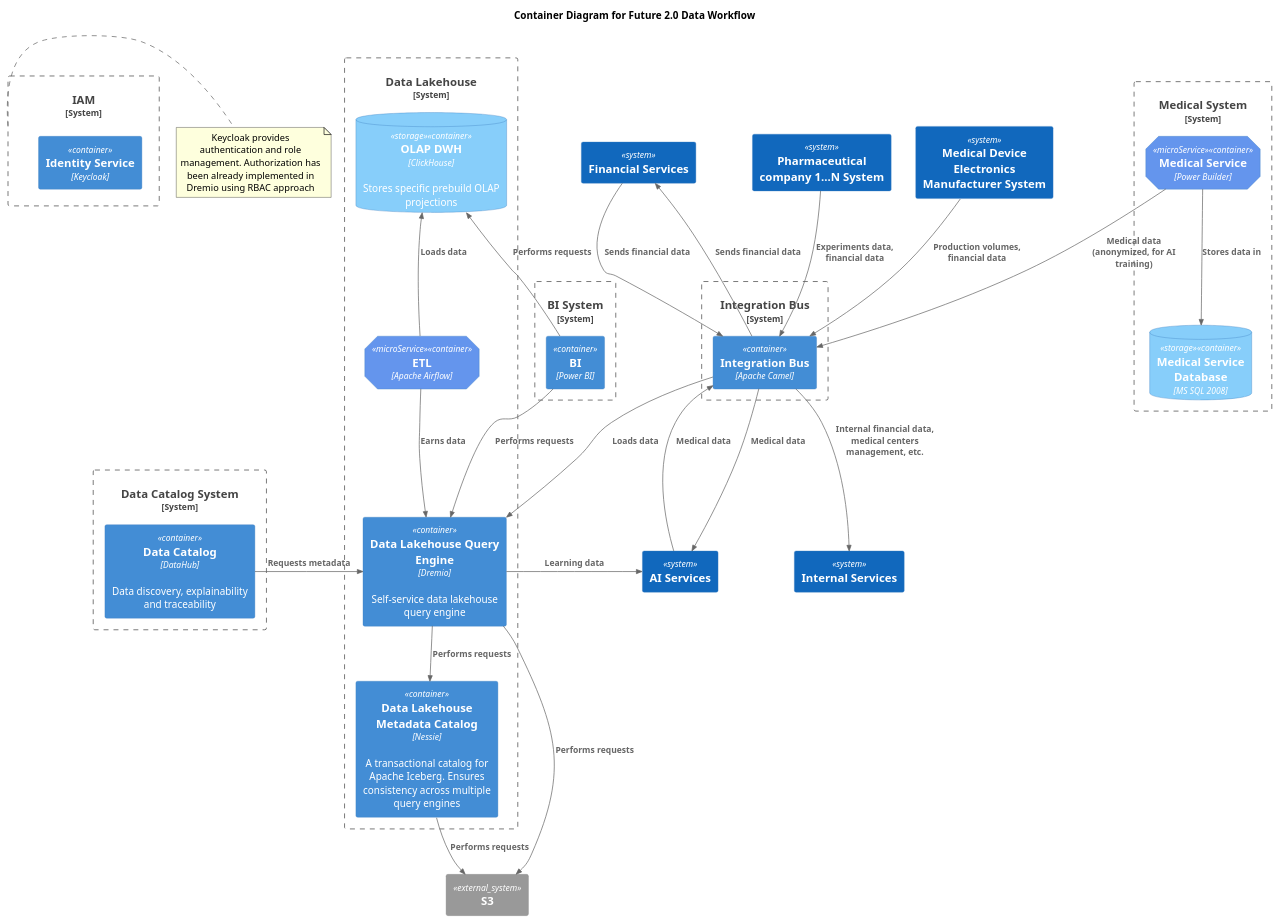
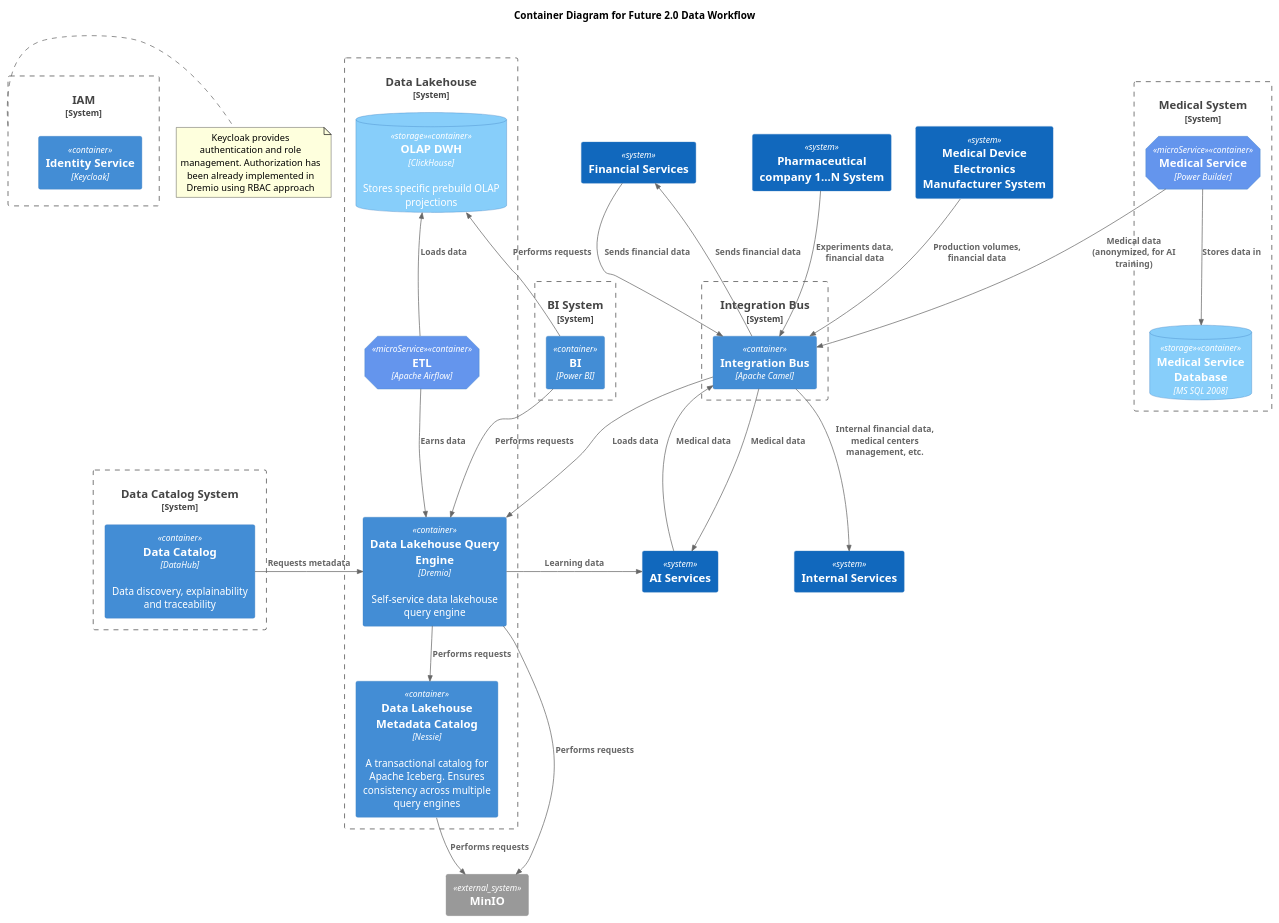
The diagram in Exc1/C4_Container.puml (mnemchenko/architecture-sprint-11), drawn with PlantUML before and after one commit. The commit also changed 28 other files, not shown here.

```diff
--- a/Exc1/C4_Container.puml
+++ b/Exc1/C4_Container.puml
@@ -1,72 +1,72 @@
 @startuml "Future 2.0"
 !include https://raw.githubusercontent.com/plantuml-stdlib/C4-PlantUML/master/C4_Container.puml
 
 AddElementTag("microService", $shape=EightSidedShape(), $bgColor="CornflowerBlue", $fontColor="white", $legendText="micro service\neight sided")
 AddElementTag("storage", $shape=RoundedBoxShape(), $bgColor="lightSkyBlue", $fontColor="white")
 
 title Container Diagram for Future 2.0 Data Workflow
 
-System_Ext(s3, "S3")
+System_Ext(s3, "MinIO")
 
 System_Boundary(integrationBus, "Integration Bus") {
     Container(camel, "Integration Bus", "Apache Camel")
 }
 
 System_Boundary(iam, "IAM") {
     Container(keycloak, "Identity Service", "Keycloak")
 }
 
 note right of "iam"
     Keycloak provides authentication and role management. Authorization has been already implemented in Dremio using RBAC approach
 end note
 
 System_Boundary(dataLakehouse, "Data Lakehouse") {
     Container(dremio, "Data Lakehouse Query Engine", "Dremio", "Self-service data lakehouse query engine")
     Container(nessie, "Data Lakehouse Metadata Catalog", "Nessie", "A transactional catalog for Apache Iceberg. Ensures consistency across multiple query engines")
     Container(etl, "ETL", "Apache Airflow", "", $tags="microService")
     ContainerDb(olap, "OLAP DWH", "ClickHouse", "Stores specific prebuild OLAP projections", $tags="storage")
 }
 Rel(dremio, nessie, "Performs requests")
 Rel(nessie, s3, "Performs requests")
 Rel(dremio, s3, "Performs requests")
 Rel(camel, dremio, "Loads data")
 Rel(etl, dremio, "Earns data")
 Rel_U(etl, olap, "Loads data")
 
 System_Boundary(dataCatalogSystem, "Data Catalog System") {
     Container(dataCatalog, "Data Catalog", "DataHub", "Data discovery, explainability and traceability")
 }
 Rel_R(dataCatalog, dremio, "Requests metadata")
 
 System_Boundary(biSystem, "BI System") {
     Container(biService, "BI", "Power BI")
 }
 Rel(biService, dremio, "Performs requests")
 Rel_U(biService, olap, "Performs requests")
 
 System_Boundary(medicalSystem, "Medical System") {
     Container(medicalService, "Medical Service", "Power Builder", "", $tags="microService")
     ContainerDb(medicalServiceDb, "Medical Service Database", "MS SQL 2008", "", $tags="storage")
 }
 Rel(medicalService, medicalServiceDb, "Stores data in")
 Rel(medicalService, camel, "Medical data (anonymized, for AI training)")
 
 System(financialServices, "Financial Services")
 Rel(financialServices, camel, "Sends financial data")
 Rel(camel, financialServices, "Sends financial data")
 
 System(internalServices, "Internal Services")
 Rel(camel, internalServices, "Internal financial data, medical centers management, etc.")
 
 System(aiServices, "AI Services")
 Rel(camel, aiServices, "Medical data")
 Rel(aiServices, camel, "Medical data")
 Rel(dremio, aiServices, "Learning data")
 
 System(pharmaceuticalCompany, "Pharmaceutical company 1...N System")
 Rel(pharmaceuticalCompany, camel, "Experiments data, financial data")
 
 System(manufacturer, "Medical Device Electronics Manufacturer System")
 Rel(manufacturer, camel, "Production volumes, financial data")
 
 @enduml
```
